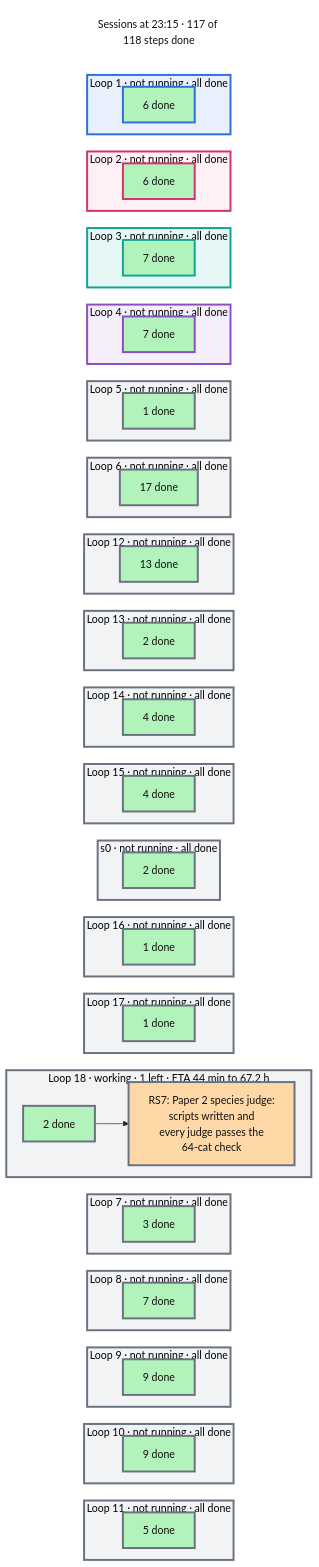
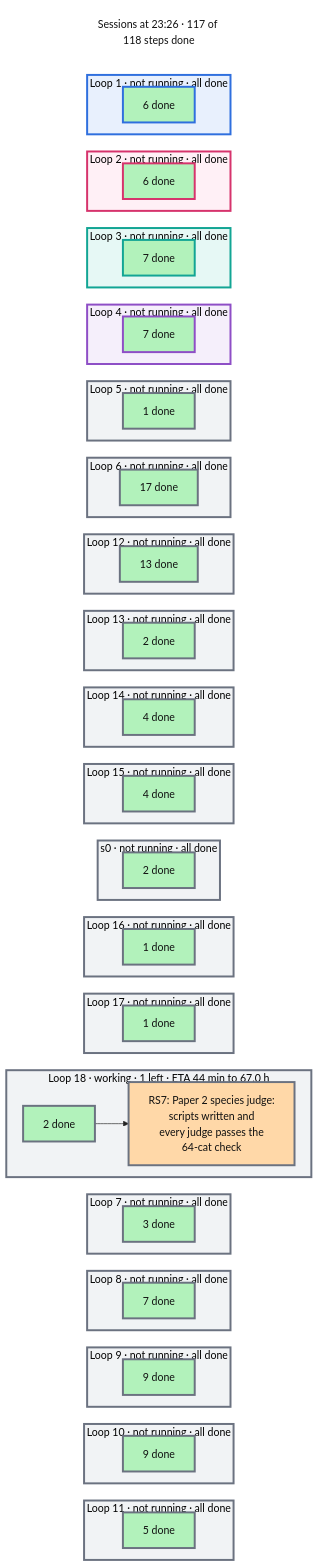
The diagram in artifacts/notes/progress/sessions.mmd (mo-rsa24/concept-composition), drawn with Mermaid before and after one commit. The commit also changed 9 other files, not shown here.

```diff
--- a/artifacts/notes/progress/sessions.mmd
+++ b/artifacts/notes/progress/sessions.mmd
@@ -1,124 +1,124 @@
 %%{init: {'theme': 'base', 'themeVariables': {'fontFamily': 'monospace', 'primaryColor': '#ffffff', 'primaryBorderColor': '#222222', 'primaryTextColor': '#111111', 'lineColor': '#222222'}, 'flowchart': {'nodeSpacing': 16, 'rankSpacing': 26}}}%%
 flowchart TB
   classDef done fill:#b2f2bb,color:#111111
   classDef doing fill:#ffd8a8,color:#111111
   classDef todo fill:#e9ecef,color:#111111
   classDef note fill:#ffffff,stroke:#c92a2a,stroke-dasharray:5 5,color:#c92a2a
-  now["Sessions at 23:15 · 117 of 118 steps done"]
+  now["Sessions at 23:26 · 117 of 118 steps done"]
   style now fill:#ffffff,stroke:#ffffff,color:#111111
   subgraph L0["Loop 1 · not running · all done"]
     direction LR
     d0["6 done"]:::done
   end
   subgraph L1["Loop 2 · not running · all done"]
     direction LR
     d1["6 done"]:::done
   end
   subgraph L2["Loop 3 · not running · all done"]
     direction LR
     d2["7 done"]:::done
   end
   subgraph L3["Loop 4 · not running · all done"]
     direction LR
     d3["7 done"]:::done
   end
   subgraph L4["Loop 5 · not running · all done"]
     direction LR
     d4["1 done"]:::done
   end
   subgraph L5["Loop 6 · not running · all done"]
     direction LR
     d5["17 done"]:::done
   end
   subgraph L6["Loop 12 · not running · all done"]
     direction LR
     d6["13 done"]:::done
   end
   subgraph L7["Loop 13 · not running · all done"]
     direction LR
     d7["2 done"]:::done
   end
   subgraph L8["Loop 14 · not running · all done"]
     direction LR
     d8["4 done"]:::done
   end
   subgraph L9["Loop 15 · not running · all done"]
     direction LR
     d9["4 done"]:::done
   end
   subgraph L10["s0 · not running · all done"]
     direction LR
     d10["2 done"]:::done
   end
   subgraph L11["Loop 16 · not running · all done"]
     direction LR
     d11["1 done"]:::done
   end
   subgraph L12["Loop 17 · not running · all done"]
     direction LR
     d12["1 done"]:::done
   end
-  subgraph L13["Loop 18 · working · 1 left · ETA 44 min to 67.2 h"]
+  subgraph L13["Loop 18 · working · 1 left · ETA 44 min to 67.0 h"]
     direction LR
     d13["2 done"]:::done --> n_RS7["RS7: Paper 2 species judge:<br/>scripts written and<br/>every judge passes the<br/>64-cat check"]:::doing
   end
   subgraph L14["Loop 7 · not running · all done"]
     direction LR
     d14["3 done"]:::done
   end
   subgraph L15["Loop 8 · not running · all done"]
     direction LR
     d15["7 done"]:::done
   end
   subgraph L16["Loop 9 · not running · all done"]
     direction LR
     d16["9 done"]:::done
   end
   subgraph L17["Loop 10 · not running · all done"]
     direction LR
     d17["9 done"]:::done
   end
   subgraph L18["Loop 11 · not running · all done"]
     direction LR
     d18["5 done"]:::done
   end
   now ~~~ L0 ~~~ L1 ~~~ L2 ~~~ L3 ~~~ L4 ~~~ L5 ~~~ L6 ~~~ L7 ~~~ L8 ~~~ L9 ~~~ L10 ~~~ L11 ~~~ L12 ~~~ L13 ~~~ L14 ~~~ L15 ~~~ L16 ~~~ L17 ~~~ L18
   style L0 fill:#e8f0fd,stroke:#2f6fde,stroke-width:3px
   style d0 stroke:#2f6fde,stroke-width:3px
   style L1 fill:#fff0f6,stroke:#d6336c,stroke-width:3px
   style d1 stroke:#d6336c,stroke-width:3px
   style L2 fill:#e6f8f5,stroke:#12a594,stroke-width:3px
   style d2 stroke:#12a594,stroke-width:3px
   style L3 fill:#f5effb,stroke:#8e4ec6,stroke-width:3px
   style d3 stroke:#8e4ec6,stroke-width:3px
   style L4 fill:#f1f3f5,stroke:#6b7280,stroke-width:3px
   style d4 stroke:#6b7280,stroke-width:3px
   style L5 fill:#f1f3f5,stroke:#6b7280,stroke-width:3px
   style d5 stroke:#6b7280,stroke-width:3px
   style L6 fill:#f1f3f5,stroke:#6b7280,stroke-width:3px
   style d6 stroke:#6b7280,stroke-width:3px
   style L7 fill:#f1f3f5,stroke:#6b7280,stroke-width:3px
   style d7 stroke:#6b7280,stroke-width:3px
   style L8 fill:#f1f3f5,stroke:#6b7280,stroke-width:3px
   style d8 stroke:#6b7280,stroke-width:3px
   style L9 fill:#f1f3f5,stroke:#6b7280,stroke-width:3px
   style d9 stroke:#6b7280,stroke-width:3px
   style L10 fill:#f1f3f5,stroke:#6b7280,stroke-width:3px
   style d10 stroke:#6b7280,stroke-width:3px
   style L11 fill:#f1f3f5,stroke:#6b7280,stroke-width:3px
   style d11 stroke:#6b7280,stroke-width:3px
   style L12 fill:#f1f3f5,stroke:#6b7280,stroke-width:3px
   style d12 stroke:#6b7280,stroke-width:3px
   style L13 fill:#f1f3f5,stroke:#6b7280,stroke-width:3px
   style d13 stroke:#6b7280,stroke-width:3px
   style n_RS7 stroke:#6b7280,stroke-width:3px
   style L14 fill:#f1f3f5,stroke:#6b7280,stroke-width:3px
   style d14 stroke:#6b7280,stroke-width:3px
   style L15 fill:#f1f3f5,stroke:#6b7280,stroke-width:3px
   style d15 stroke:#6b7280,stroke-width:3px
   style L16 fill:#f1f3f5,stroke:#6b7280,stroke-width:3px
   style d16 stroke:#6b7280,stroke-width:3px
   style L17 fill:#f1f3f5,stroke:#6b7280,stroke-width:3px
   style d17 stroke:#6b7280,stroke-width:3px
   style L18 fill:#f1f3f5,stroke:#6b7280,stroke-width:3px
   style d18 stroke:#6b7280,stroke-width:3px
```
